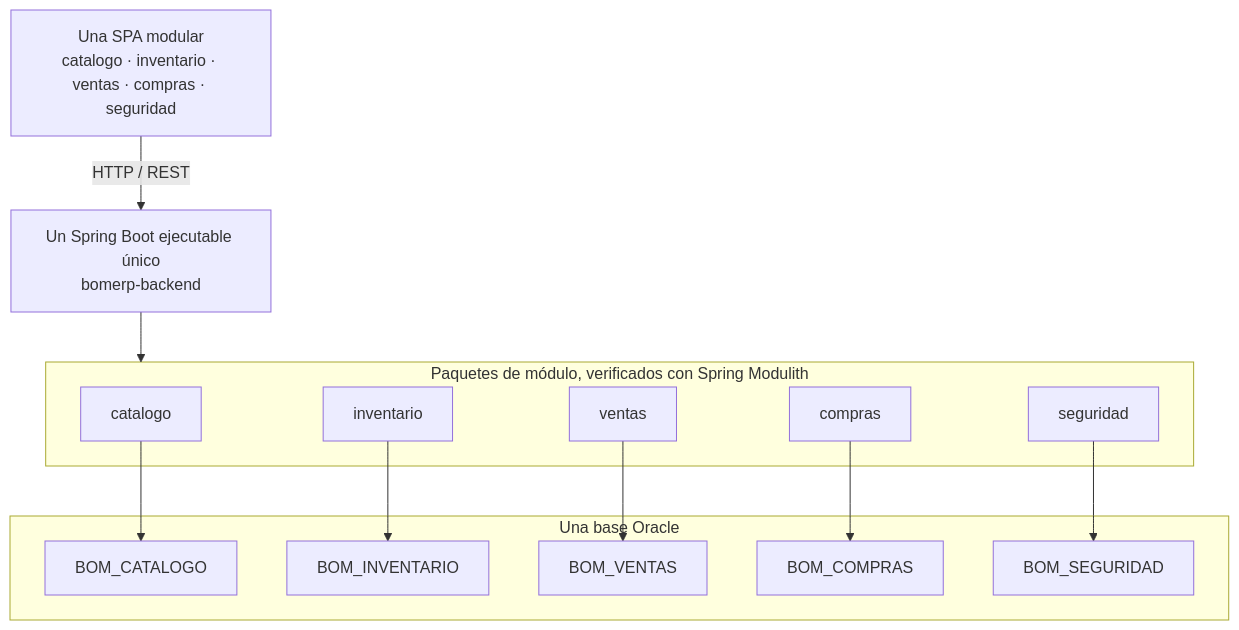
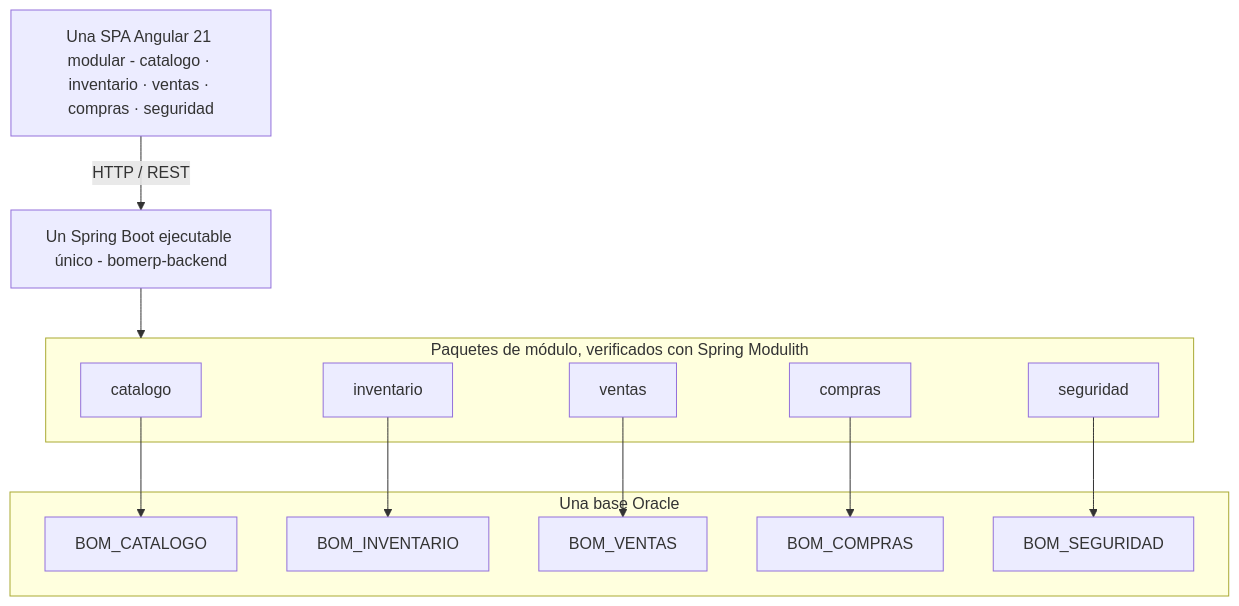
The diagram in docs/lp2/index.md (262ciclo4/bomerp), drawn with Mermaid before and after one commit. The commit also changed other lines of this file and 10 other files, not shown here.

````diff
--- a/docs/lp2/index.md
+++ b/docs/lp2/index.md
@@ -18,29 +74,29 @@
 ```mermaid
 flowchart TB
-    SPA[Una SPA modular<br/>catalogo · inventario · ventas · compras · seguridad]
-    APP[Un Spring Boot ejecutable único<br/>bomerp-backend]
+    SPA[Una SPA Angular 21 modular - catalogo · inventario · ventas · compras · seguridad]
+    APP[Un Spring Boot ejecutable único - bomerp-backend]
 
     subgraph MOD[Paquetes de módulo, verificados con Spring Modulith]
         CAT[catalogo]
         INV[inventario]
         VEN[ventas]
         COM[compras]
         SEG[seguridad]
     end
 
     subgraph ORA[Una base Oracle]
         SCAT[BOM_CATALOGO]
         SINV[BOM_INVENTARIO]
         SVEN[BOM_VENTAS]
         SCOM[BOM_COMPRAS]
         SSEG[BOM_SEGURIDAD]
     end
 
     SPA -->|HTTP / REST| APP
     APP --> MOD
     CAT --> SCAT
     INV --> SINV
     VEN --> SVEN
     COM --> SCOM
     SEG --> SSEG
 ```
````
